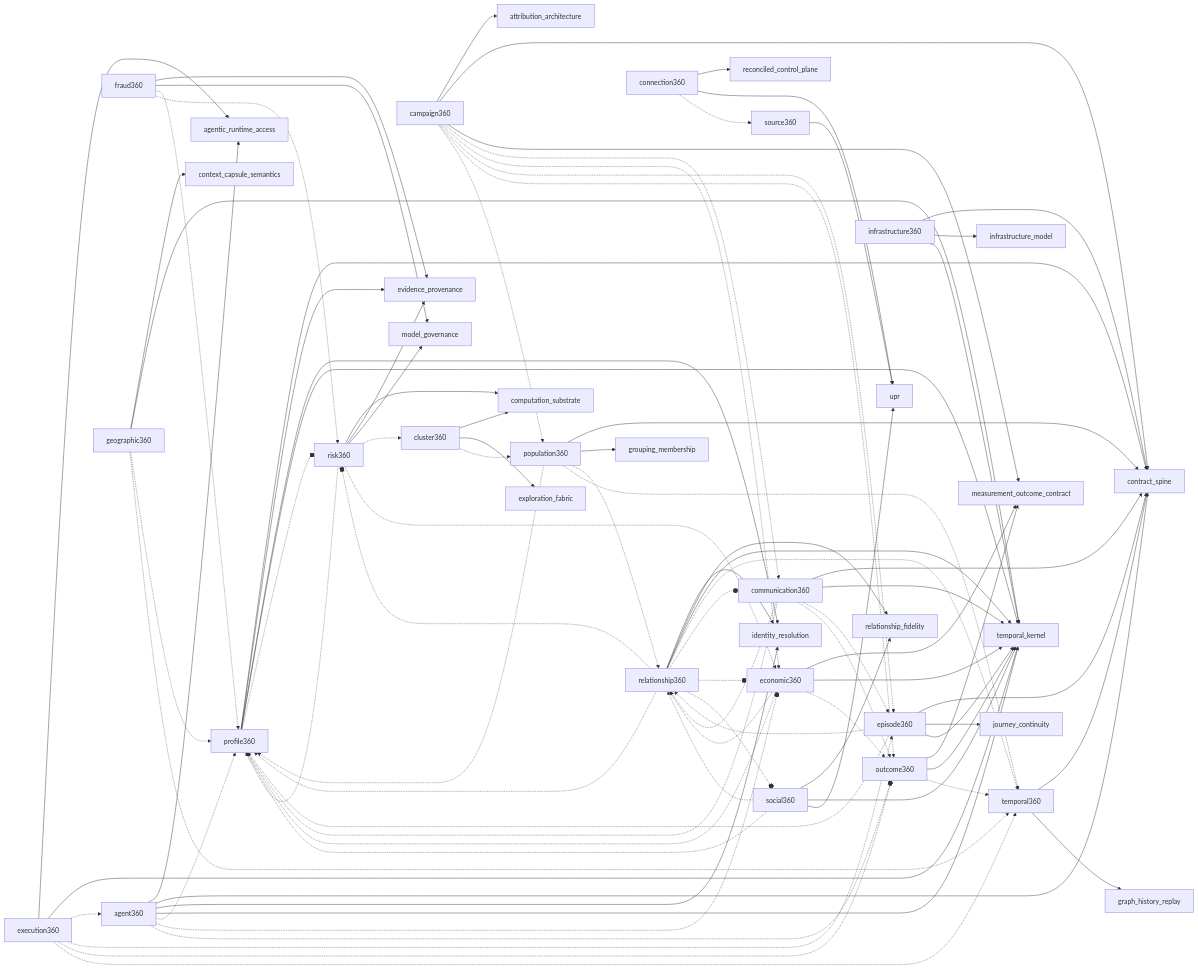
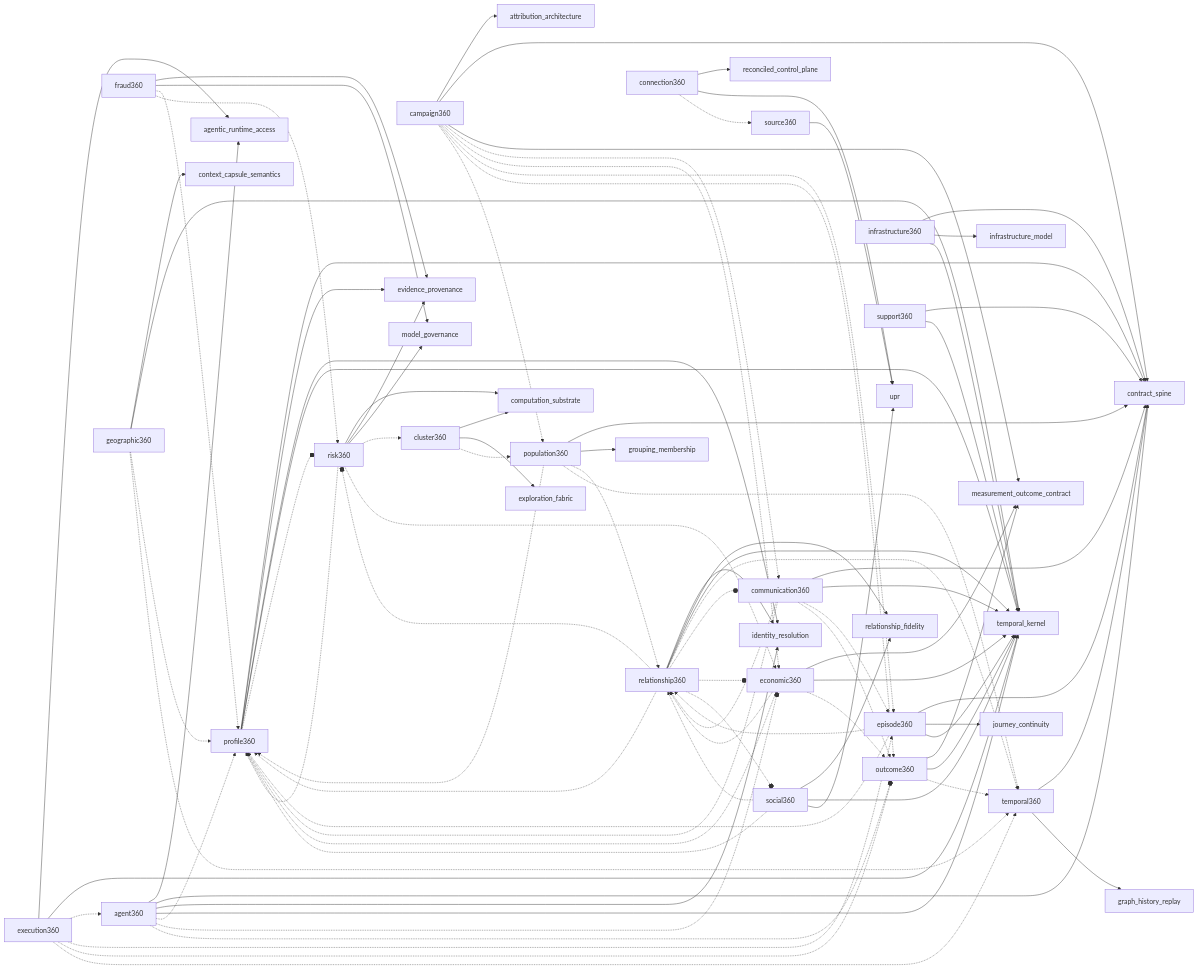
Before and after one commit to DammnThatsCrazy/AETHER: the diagram in docs/_generated/intelligence-projection-dependency-graph.md, drawn with Mermaid. The commit also changed 154 other files, not shown here.

````diff
--- a/docs/_generated/intelligence-projection-dependency-graph.md
+++ b/docs/_generated/intelligence-projection-dependency-graph.md
@@ -99,6 +99,8 @@
   social360 -.-> profile360
   social360 -.-> relationship360
   source360 --> upr
+  support360 --> contract_spine
+  support360 --> temporal_kernel
   temporal360 --> contract_spine
   temporal360 --> graph_history_replay
 ```
````
